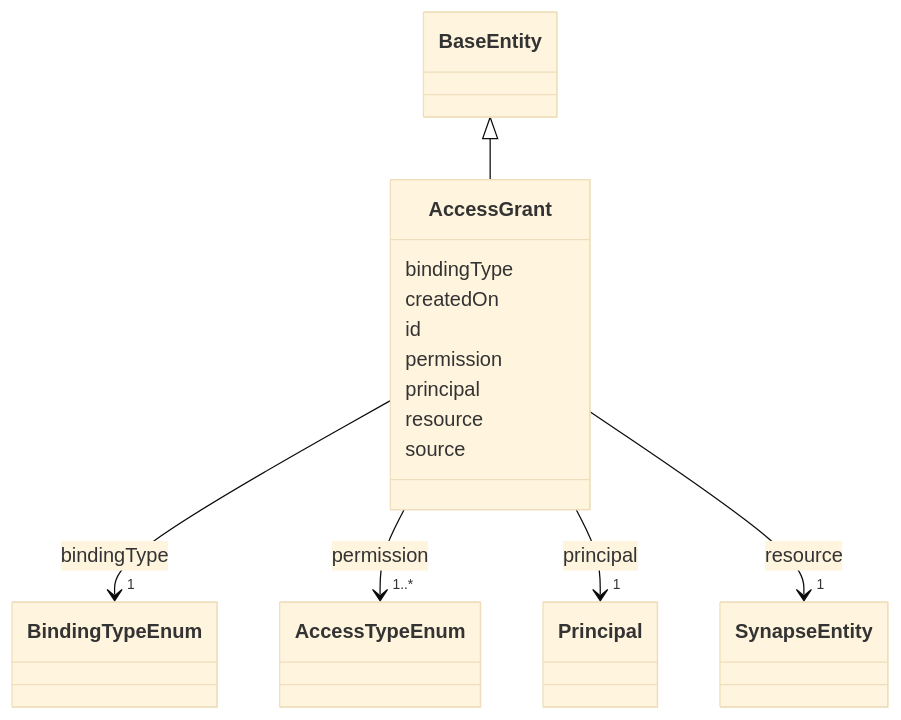
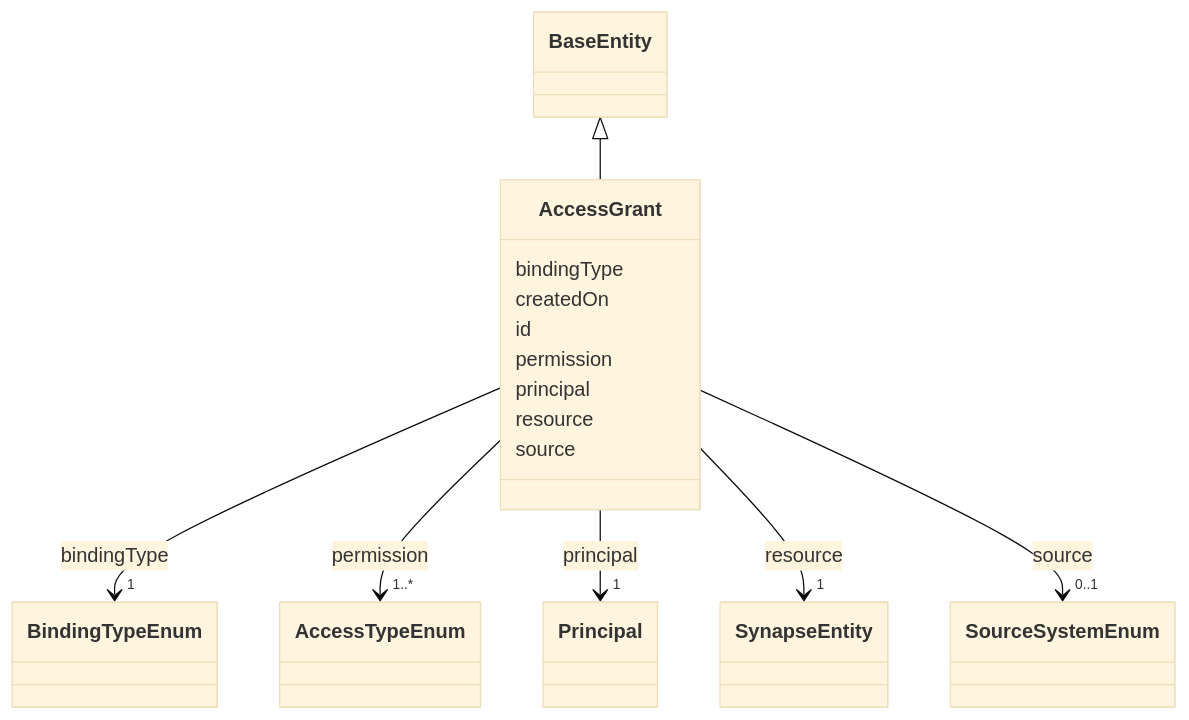
Before and after one commit to mc2-center/governanceDUO: the diagram in docs/reference/classes/AccessGrant.md, drawn with Mermaid (base theme). The commit also changed other lines of this file and 39 other files, not shown here.

````diff
--- a/docs/reference/classes/AccessGrant.md
+++ b/docs/reference/classes/AccessGrant.md
@@ -23,59 +23,68 @@
 ```mermaid
  classDiagram
     class AccessGrant
     click AccessGrant href "../../classes/AccessGrant/"
       BaseEntity <|-- AccessGrant
         click BaseEntity href "../../classes/BaseEntity/"
       
       AccessGrant : bindingType
         
           
     
         
         
         AccessGrant --> "1" BindingTypeEnum : bindingType
         click BindingTypeEnum href "../../enums/BindingTypeEnum/"
     
 
         
       AccessGrant : createdOn
         
       AccessGrant : id
         
       AccessGrant : permission
         
           
     
         
         
         AccessGrant --> "1..*" AccessTypeEnum : permission
         click AccessTypeEnum href "../../enums/AccessTypeEnum/"
     
 
         
       AccessGrant : principal
         
           
     
         
         
         AccessGrant --> "1" Principal : principal
         click Principal href "../../classes/Principal/"
     
 
         
       AccessGrant : resource
         
           
     
         
         
         AccessGrant --> "1" SynapseEntity : resource
         click SynapseEntity href "../../classes/SynapseEntity/"
     
 
         
       AccessGrant : source
         
+          
+    
+        
+        
+        AccessGrant --> "0..1" SourceSystemEnum : source
+        click SourceSystemEnum href "../../enums/SourceSystemEnum/"
+    
+
+        
       
 ```
````
